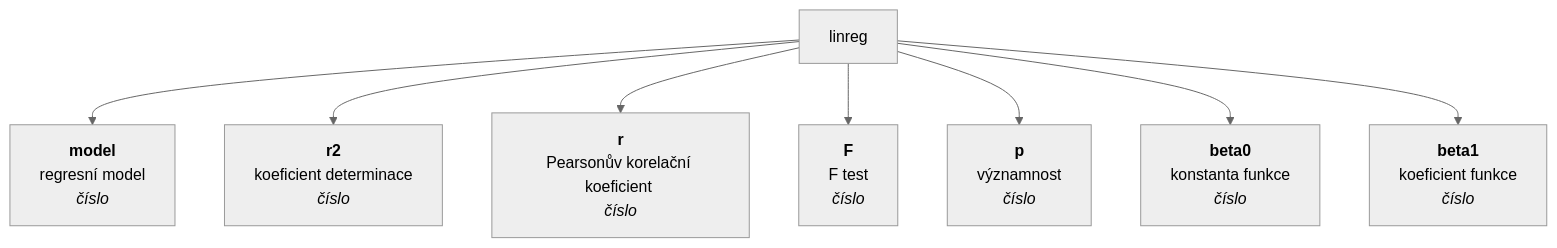
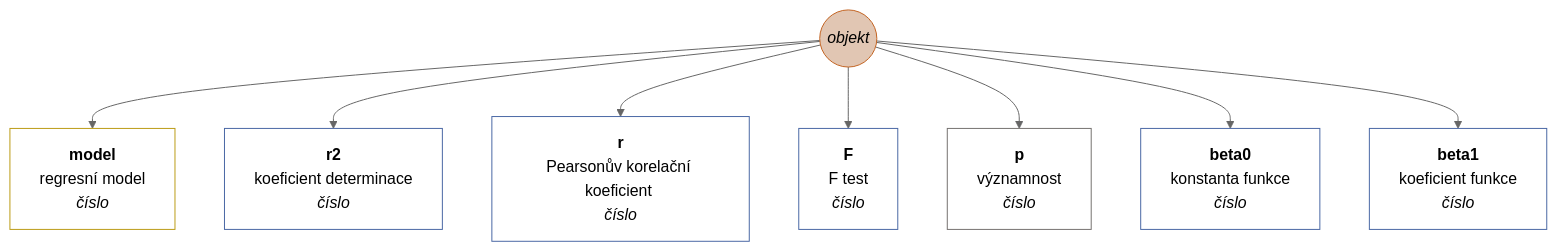
The first of 13 diagrams in docs/cs-CZ/matrix.md (muzikp/retusa), drawn with Mermaid (neutral theme) before and after one commit. The commit also changed other lines of this file and 17 other files, not shown here.

````diff
--- a/docs/cs-CZ/matrix.md
+++ b/docs/cs-CZ/matrix.md
@@ -58,11 +55,28 @@
 ```mermaid
 graph TD
+linreg((<i>objekt</i>))
+style linreg fill:#E1C6B3;
+style linreg stroke:#C36422;
 linreg --> model[<b>model</b><br>regresní model <br><i>číslo</i>]
+style model fill:#FFFFFF;
+style model stroke:#BB9B14;
 linreg --> r2[<b>r2</b><br>koeficient determinace <br><i>číslo</i>]
+style r2 fill:#FFFFFF;
+style r2 stroke:#4967A4;
 linreg --> r[<b>r</b><br>Pearsonův korelační koeficient <br><i>číslo</i>]
+style r fill:#FFFFFF;
+style r stroke:#4967A4;
 linreg --> F[<b>F</b><br>F test <br><i>číslo</i>]
+style F fill:#FFFFFF;
+style F stroke:#4967A4;
 linreg --> p[<b>p</b><br>významnost <br><i>číslo</i>]
+style p fill:#FFFFFF;
+style p stroke:#75716F;
 linreg --> beta0[<b>beta0</b><br>konstanta funkce <br><i>číslo</i>]
+style beta0 fill:#FFFFFF;
+style beta0 stroke:#4967A4;
 linreg --> beta1[<b>beta1</b><br>koeficient funkce <br><i>číslo</i>]
+style beta1 fill:#FFFFFF;
+style beta1 stroke:#4967A4;
 
 ```
````
